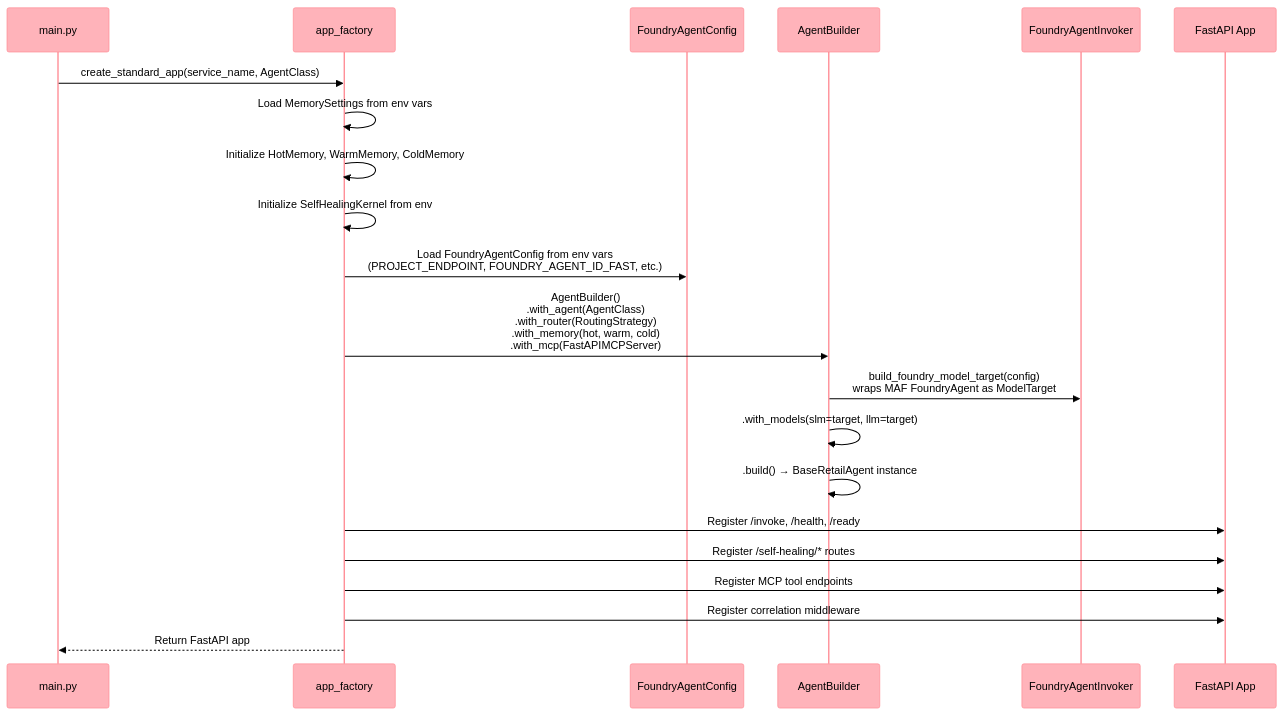
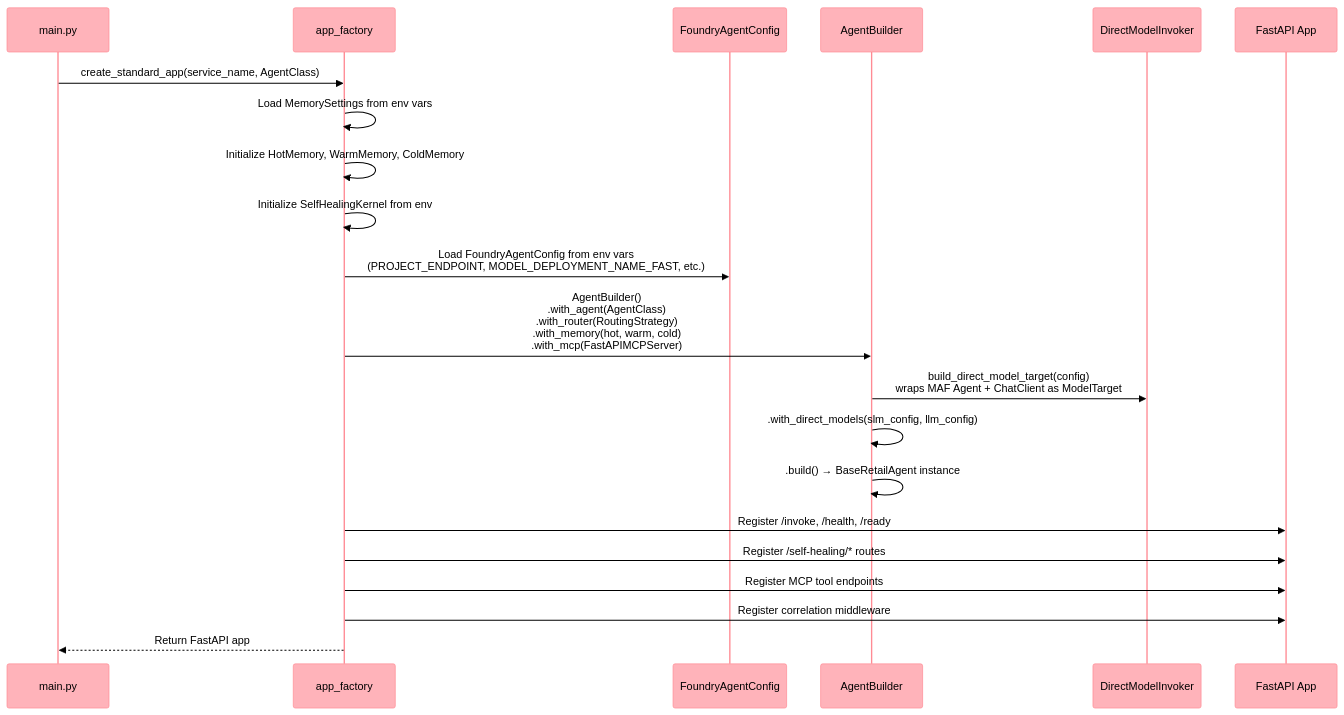
The second of 3 diagrams in lib/README.md (Azure-Samples/holiday-peak-hub), drawn with Mermaid before and after one commit. The commit also changed other lines of this file and 116 other files, not shown here.

First line of the commit message:
feat(#990): MAF direct-model migration - Wave 4c cleanup + Foundry portal-tracking manifests (#1093)

````diff
--- a/lib/README.md
+++ b/lib/README.md
@@ -287,25 +288,25 @@
 ```mermaid
 %%{init: {'theme':'base', 'themeVariables': {'primaryColor':'#FFB3BA','primaryTextColor':'#000','primaryBorderColor':'#FF8B94','lineColor':'#BAE1FF','secondaryColor':'#BAE1FF','tertiaryColor':'#FFFFFF'}}}%%
 sequenceDiagram
     participant Main as main.py
     participant AF as app_factory
     participant FC as FoundryAgentConfig
     participant AB as AgentBuilder
-    participant FI as FoundryAgentInvoker
+    participant DI as DirectModelInvoker
     participant App as FastAPI App
 
     Main->>AF: create_standard_app(service_name, AgentClass)
     AF->>AF: Load MemorySettings from env vars
     AF->>AF: Initialize HotMemory, WarmMemory, ColdMemory
     AF->>AF: Initialize SelfHealingKernel from env
-    AF->>FC: Load FoundryAgentConfig from env vars<br/>(PROJECT_ENDPOINT, FOUNDRY_AGENT_ID_FAST, etc.)
+    AF->>FC: Load FoundryAgentConfig from env vars<br/>(PROJECT_ENDPOINT, MODEL_DEPLOYMENT_NAME_FAST, etc.)
     AF->>AB: AgentBuilder()<br/>.with_agent(AgentClass)<br/>.with_router(RoutingStrategy)<br/>.with_memory(hot, warm, cold)<br/>.with_mcp(FastAPIMCPServer)
-    AB->>FI: build_foundry_model_target(config)<br/>wraps MAF FoundryAgent as ModelTarget
-    AB->>AB: .with_models(slm=target, llm=target)
+    AB->>DI: build_direct_model_target(config)<br/>wraps MAF Agent + ChatClient as ModelTarget
+    AB->>AB: .with_direct_models(slm_config, llm_config)
     AB->>AB: .build() → BaseRetailAgent instance
     AF->>App: Register /invoke, /health, /ready
     AF->>App: Register /self-healing/* routes
     AF->>App: Register MCP tool endpoints
     AF->>App: Register correlation middleware
     AF-->>Main: Return FastAPI app
 ```
````
